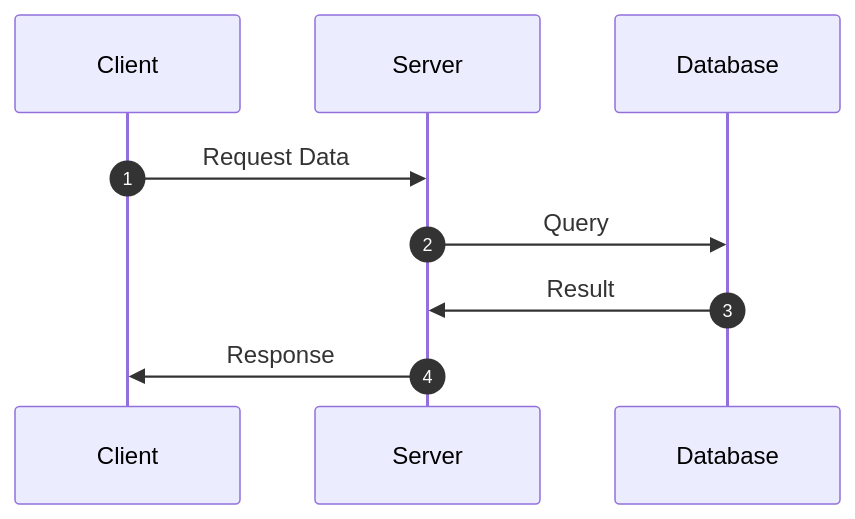
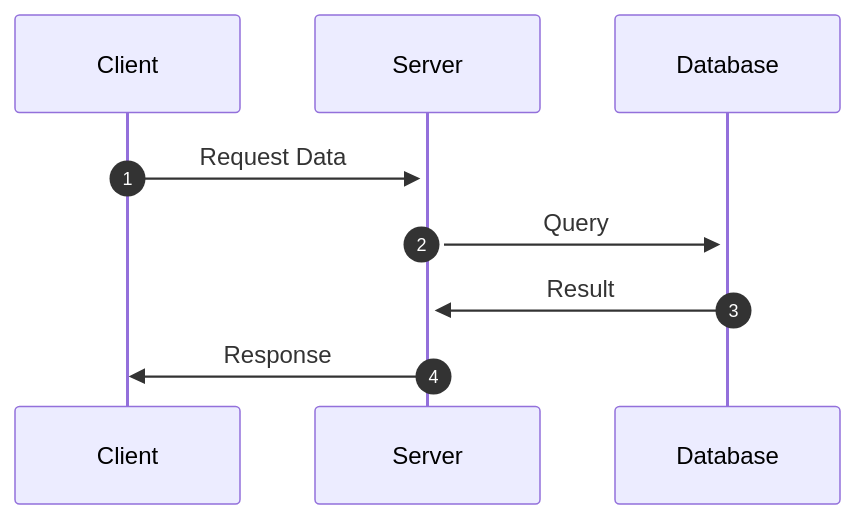
One commit to KeyFicller/Periscope changed the second of 7 diagrams in README.md. Above: the diagram before and after it, drawn with Mermaid. The commit also changed other lines of this file, not shown here.

````diff
--- a/README.md
+++ b/README.md
@@ -149,11 +149,11 @@
 ```mermaid
 sequenceDiagram 
 autonumber
 participant 0x16fb52dc8 as Client
 participant 0x16fb52d88 as Server
 participant 0x16fb52d58 as Database
-0x16fb52dc8 ->> 0x16fb52d88 : Request Data
-0x16fb52d88 ->> 0x16fb52d58 : Query
+0x16fb52dc8 ->>+ 0x16fb52d88 : Request Data
+0x16fb52d88 ->>+ 0x16fb52d58 : Query
 0x16fb52d58 ->> 0x16fb52d88 : Result
 0x16fb52d88 ->> 0x16fb52dc8 : Response
 ```
````
